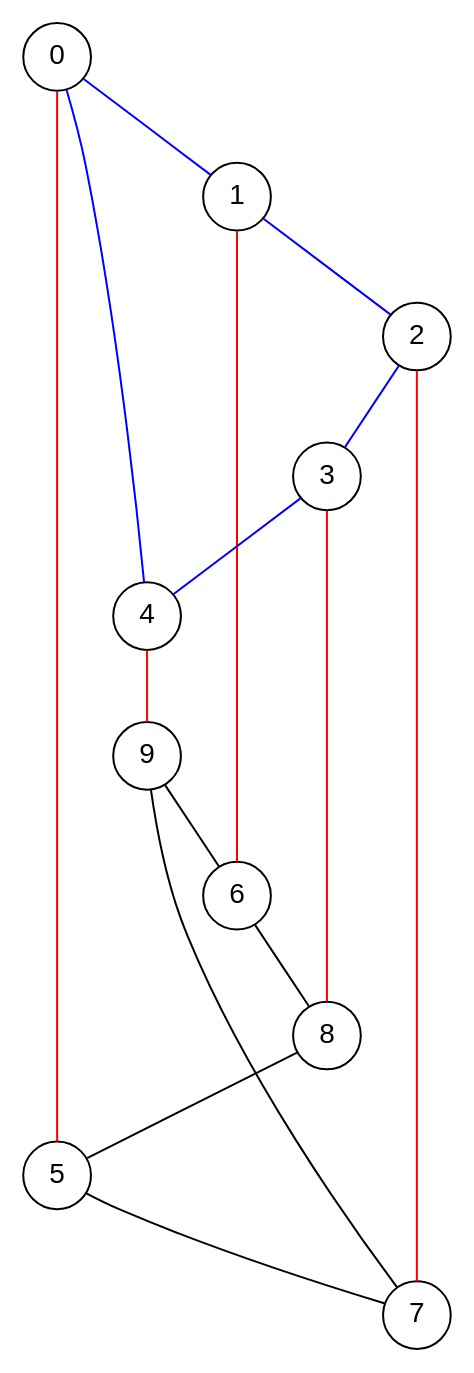
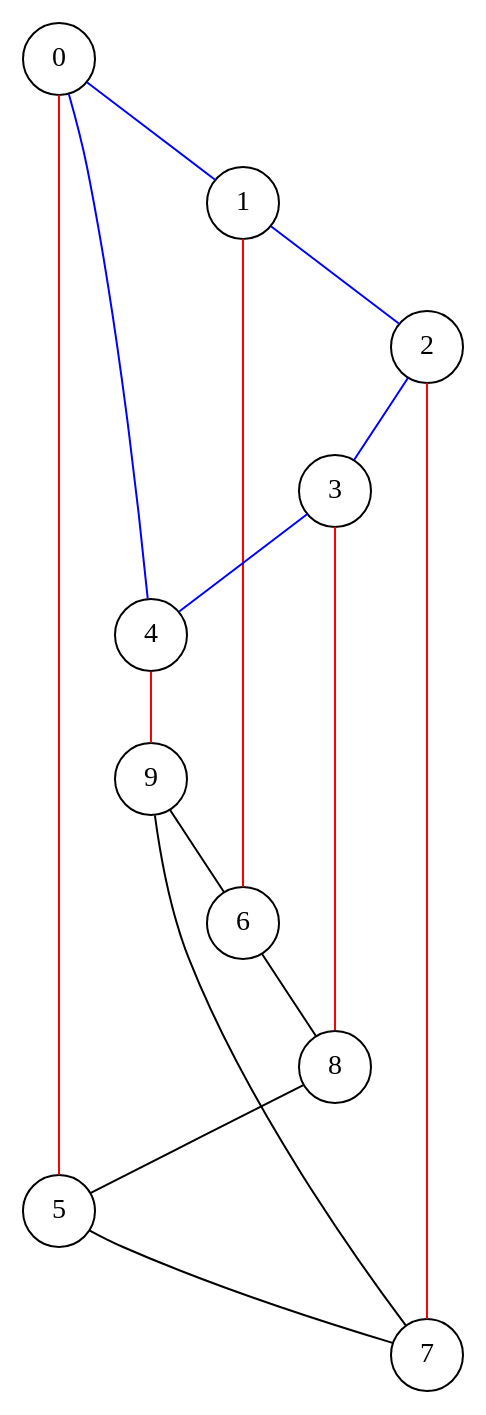
Before and after one commit to graphviz-perl/GraphViz2-Marpa-PathUtils: the diagram in data/02.fixed.paths.in.gv, drawn with Graphviz. The commit also changed 3 other files, not shown here.

```diff
--- a/data/02.fixed.paths.in.gv
+++ b/data/02.fixed.paths.in.gv
@@ -1,47 +1,44 @@
 /*
  * The transitive 5-net, also known as Petersen's graph,
  * can be used to test the "stability points" of the layout
  * algorithm.
  *
  * The "ideal" layout is achieved for certain random seed
  * values when len=1.5.  For len=2.5 or above, the layout
  * is stable. Sometimes, the graph is rendered "inside-out".
  */
 graph "Petersen" {
 	node [
-		fontname = "Arial"
 		shape = "circle"
-		width = "0.400000"
-		height = "0.400000"
 		color = "black"
 	]
 	edge [
 		color = "black"
 	]
 	/* Outer wheel. The len= is what makes it outer */
 	"0" -- "1" -- "2" -- "3" -- "4" -- "0" [
 		color = "blue"
 		len = 2.6
 	]
 	"0" -- "5" [
 		color = "red"
 		weight = "5"
 	]
 	"1" -- "6" [
 		color = "red"
 		weight = "5"
 	]
 	"2" -- "7" [
 		color = "red"
 		weight = "5"
 	]
 	"3" -- "8" [
 		color = "red"
 		weight = "5"
 	]
 	"4" -- "9" [
 		color = "red"
 		weight = "5"
 	]
 	"5" -- "7" -- "9" -- "6" -- "8" -- "5";
 }
```
